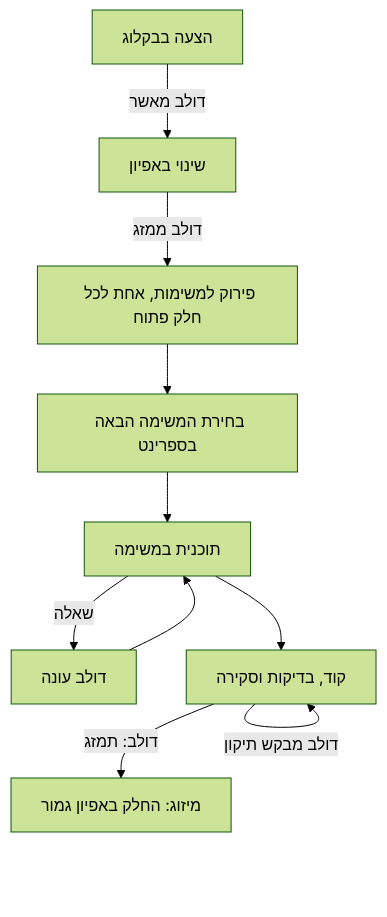
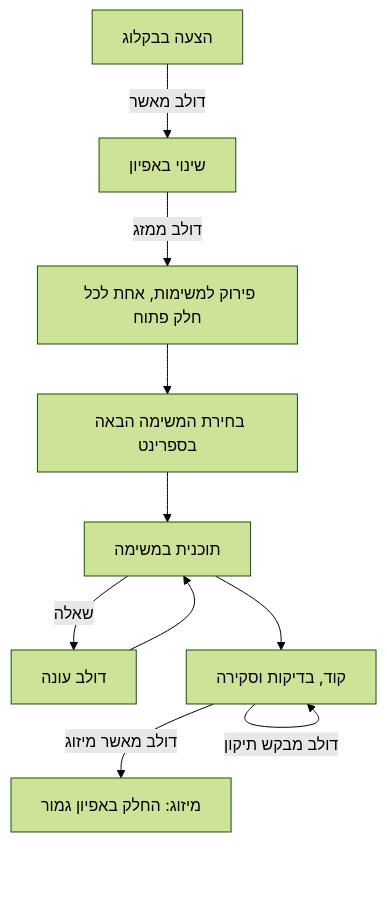
The first of 2 diagrams in docs/specs/claude-config.md (dolev2/claude-config), drawn with Mermaid (forest theme) before and after one commit. The commit also changed other lines of this file, not shown here.

````diff
--- a/docs/specs/claude-config.md
+++ b/docs/specs/claude-config.md
@@ -186,12 +188,12 @@
 ```mermaid
 flowchart TD
     A["הצעה בבקלוג"] -->|"דולב מאשר"| B["שינוי באפיון"]
     B -->|"דולב ממזג"| C["פירוק למשימות, אחת לכל חלק פתוח"]
     C --> D["בחירת המשימה הבאה בספרינט"]
     D --> E["תוכנית במשימה"]
     E -->|"שאלה"| Q["דולב עונה"]
     Q --> E
     E --> F["קוד, בדיקות וסקירה"]
     F -->|"דולב מבקש תיקון"| F
-    F -->|"דולב: תמזג"| G["מיזוג: החלק באפיון גמור"]
+    F -->|"דולב מאשר מיזוג"| G["מיזוג: החלק באפיון גמור"]
 ```
````
